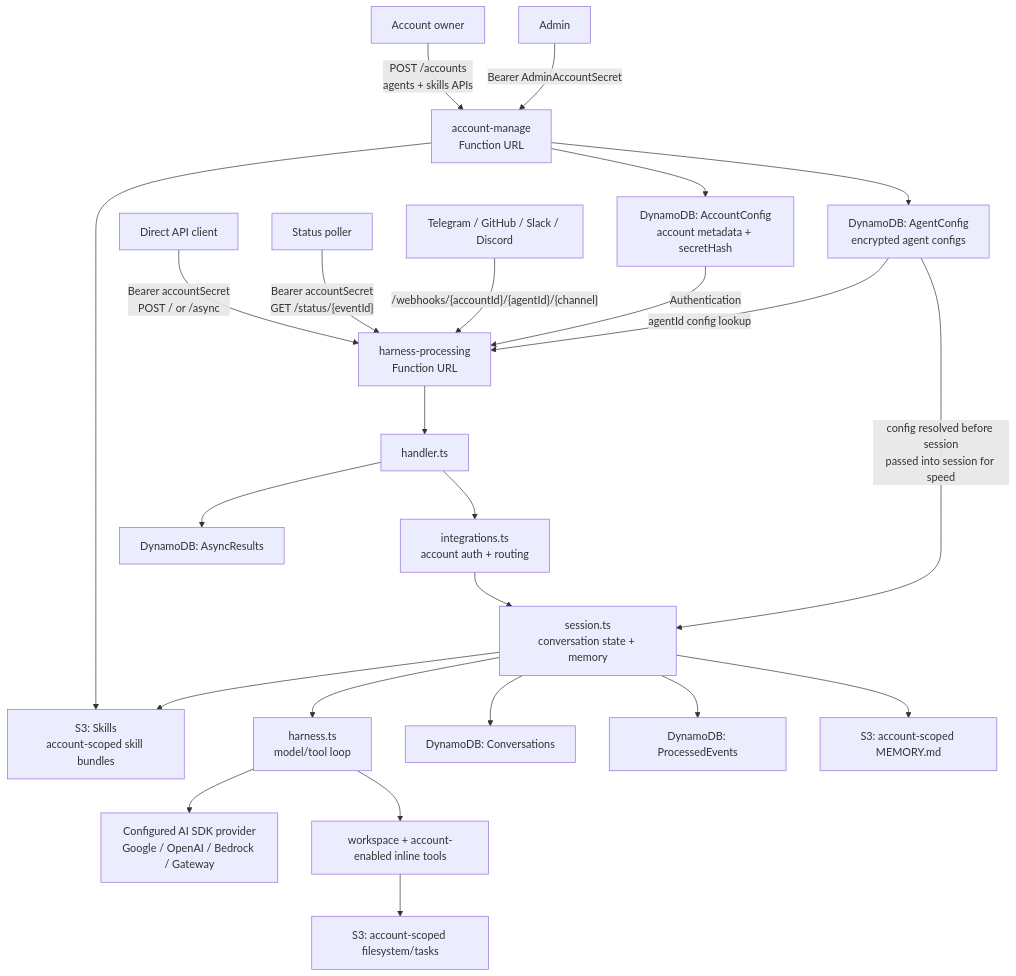
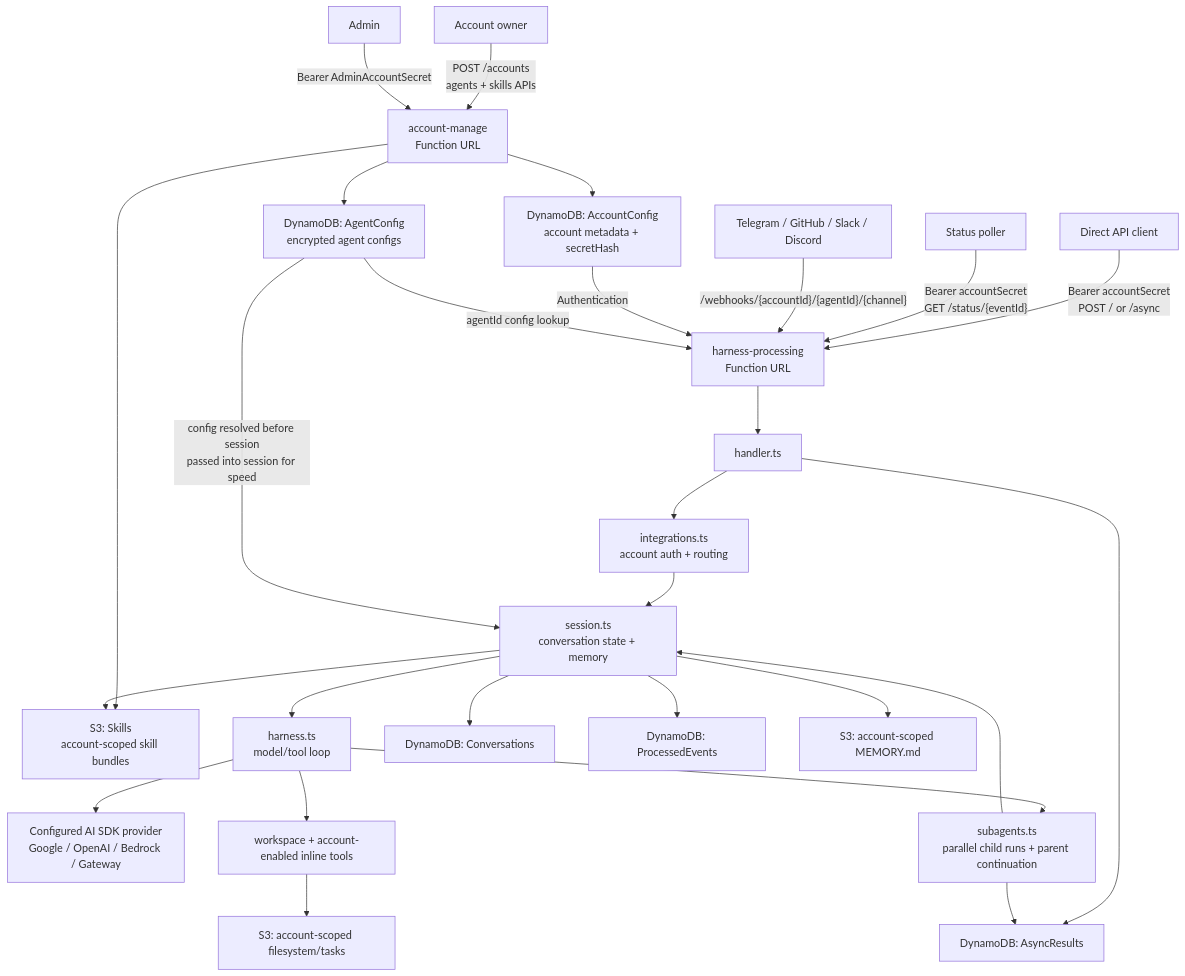
Before and after one commit to beeblastco/broods: the second of 7 diagrams in docs/architecture.md, drawn with Mermaid. The commit also changed other lines of this file and 38 other files, not shown here.

````diff
--- a/docs/architecture.md
+++ b/docs/architecture.md
@@ -27,28 +27,31 @@
 ```mermaid
 flowchart TD
   Owner["Account owner"] -->|"POST /accounts<br/>agents + skills APIs"| ManageUrl["account-manage<br/>Function URL"]
   Admin["Admin"] -->|"Bearer AdminAccountSecret"| ManageUrl
   Direct["Direct API client"] -->|"Bearer accountSecret<br/>POST / or /async"| HarnessUrl["harness-processing<br/>Function URL"]
   Status["Status poller"] -->|"Bearer accountSecret<br/>GET /status/{eventId}"| HarnessUrl
   Provider["Telegram / GitHub / Slack / Discord"] -->|"/webhooks/{accountId}/{agentId}/{channel}"| HarnessUrl
 
   ManageUrl --> AccountStore["DynamoDB: AccountConfig<br/>account metadata + secretHash"]
   ManageUrl --> AgentStore["DynamoDB: AgentConfig<br/>encrypted agent configs"]
   ManageUrl --> SkillStore["S3: Skills<br/>account-scoped skill bundles"]
   AccountStore -->|Authentication| HarnessUrl
   AgentStore -->|agentId config lookup| HarnessUrl
   HarnessUrl --> Handler["handler.ts"]
   Handler --> Integrations["integrations.ts<br/>account auth + routing"]
   Integrations --> Session["session.ts<br/>conversation state + memory"]
   Session --> Harness["harness.ts<br/>model/tool loop"]
   Harness --> Model["Configured AI SDK provider<br/>Google / OpenAI / Bedrock / Gateway"]
   Harness --> Tools["workspace + account-enabled inline tools"]
+  Harness --> Subagents["subagents.ts<br/>parallel child runs + parent continuation"]
 
   Session --> Conversations["DynamoDB: Conversations"]
   Session --> Processed["DynamoDB: ProcessedEvents"]
   AgentStore -->|config resolved before session<br/>passed into session for speed| Session
   Handler --> AsyncResults["DynamoDB: AsyncResults"]
   Session --> Memory["S3: account-scoped MEMORY.md"]
   Session --> SkillStore
   Tools --> Filesystem["S3: account-scoped filesystem/tasks"]
+  Subagents --> AsyncResults
+  Subagents --> Session
 ```
````
